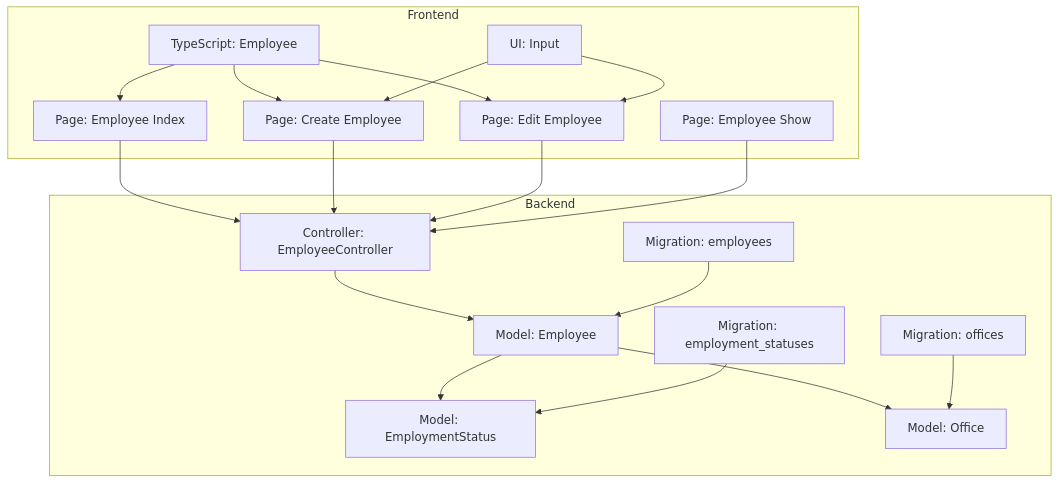
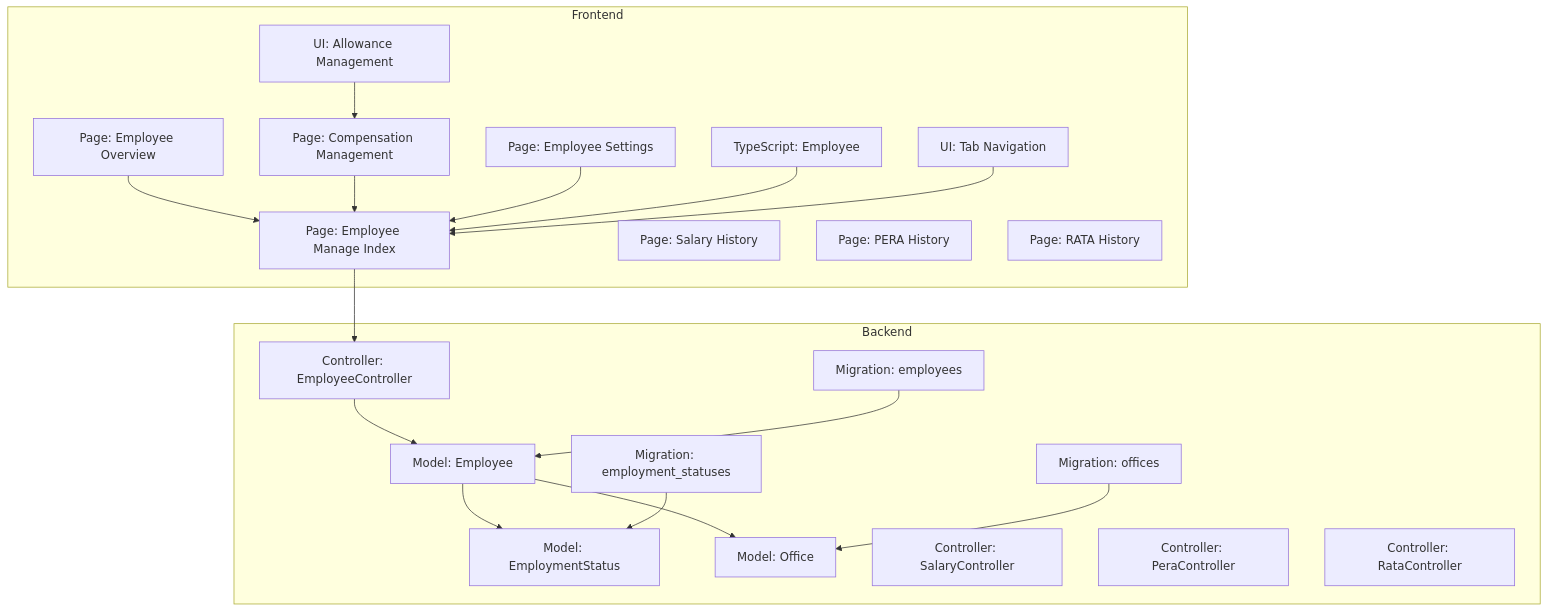
One commit to vincet0t15/template changed the first of 8 diagrams in .qoder/repowiki/en/content/Employee Management/Employee Management.md. Above: the diagram before and after it, drawn with Mermaid. The commit also changed other lines of this file and 7 other files, not shown here.

````diff
--- a/.qoder/repowiki/en/content/Employee Management/Employee Management.md
+++ b/.qoder/repowiki/en/content/Employee Management/Employee Management.md
@@ -43,35 +60,40 @@
 ```mermaid
 graph TB
 subgraph "Backend"
 M_Employee["Model: Employee"]
 M_EmploymentStatus["Model: EmploymentStatus"]
 M_Office["Model: Office"]
 C_Employee["Controller: EmployeeController"]
+C_Salary["Controller: SalaryController"]
+C_Pera["Controller: PeraController"]
+C_Rata["Controller: RataController"]
 M_Migration_Employees["Migration: employees"]
 M_Migration_Employment["Migration: employment_statuses"]
 M_Migration_Offices["Migration: offices"]
 end
 subgraph "Frontend"
-P_Index["Page: Employee Index"]
-P_Create["Page: Create Employee"]
-P_Edit["Page: Edit Employee"]
-P_Show["Page: Employee Show"]
+P_ManageIndex["Page: Employee Manage Index"]
+P_Overview["Page: Employee Overview"]
+P_Compensation["Page: Compensation Management"]
+P_Settings["Page: Employee Settings"]
+P_SalaryHistory["Page: Salary History"]
+P_PeraHistory["Page: PERA History"]
+P_RataHistory["Page: RATA History"]
 T_Employee["TypeScript: Employee"]
-UI_Input["UI: Input"]
+UI_Tabs["UI: Tab Navigation"]
+UI_Allowance["UI: Allowance Management"]
 end
 C_Employee --> M_Employee
 M_Employee --> M_EmploymentStatus
 M_Employee --> M_Office
-P_Index --> C_Employee
-P_Create --> C_Employee
-P_Edit --> C_Employee
-P_Show --> C_Employee
-T_Employee --> P_Index
-T_Employee --> P_Create
-T_Employee --> P_Edit
-UI_Input --> P_Create
-UI_Input --> P_Edit
+P_ManageIndex --> C_Employee
+P_Overview --> P_ManageIndex
+P_Compensation --> P_ManageIndex
+P_Settings --> P_ManageIndex
+T_Employee --> P_ManageIndex
+UI_Tabs --> P_ManageIndex
+UI_Allowance --> P_Compensation
 M_Migration_Employees --> M_Employee
 M_Migration_Employment --> M_EmploymentStatus
 M_Migration_Offices --> M_Office
 ```
````
